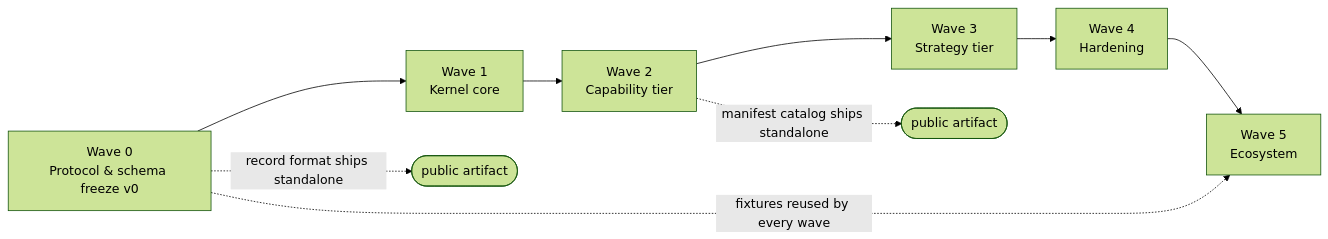
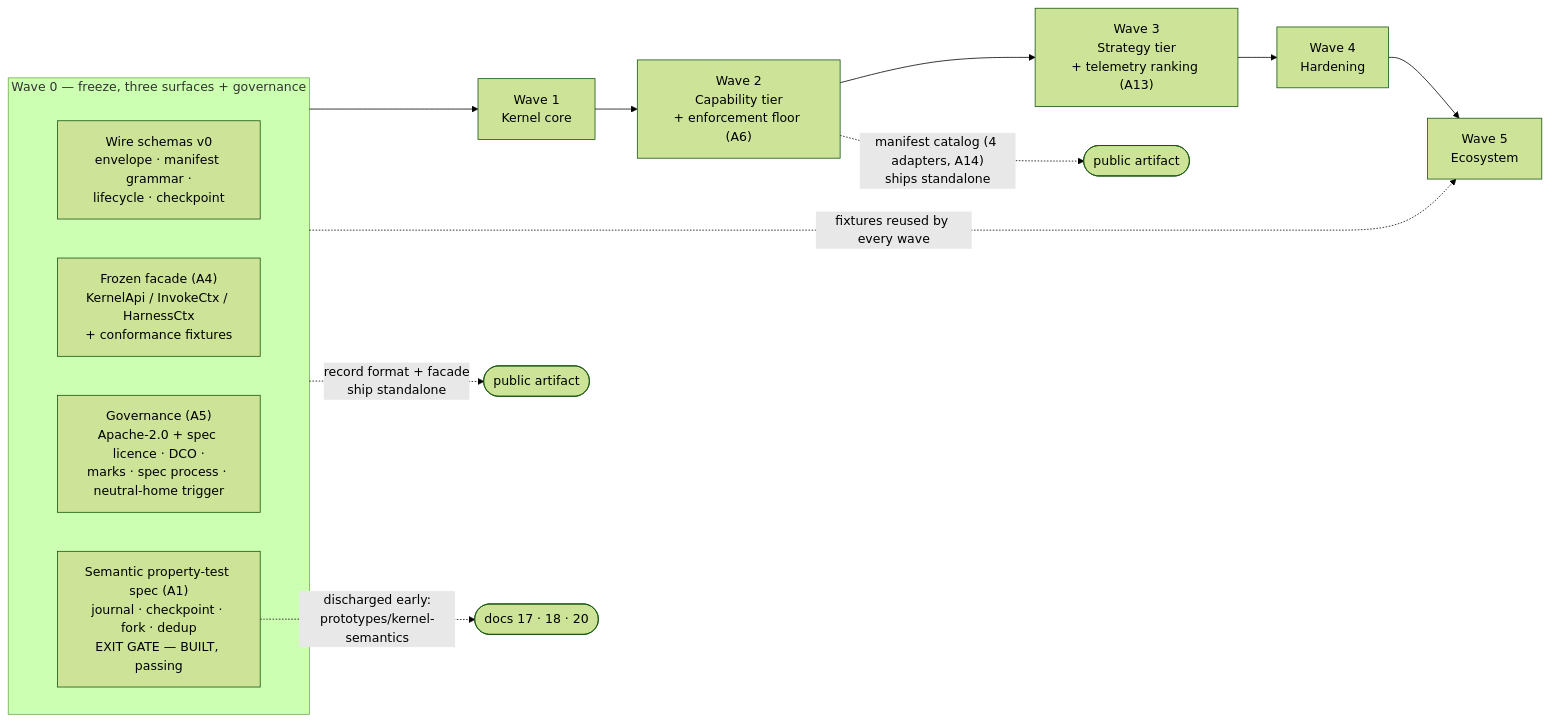
The first of 2 diagrams in docs/15-IMPLEMENTATION-ROADMAP.md (jeetu619/kyxo-runtime), drawn with Mermaid (forest theme) before and after one commit. The commit also changed other lines of this file and 3 other files, not shown here.

First line of the commit message:
Schema-evolution test suite: the record format is demonstrably evolvable

````diff
--- a/docs/15-IMPLEMENTATION-ROADMAP.md
+++ b/docs/15-IMPLEMENTATION-ROADMAP.md
@@ -112,11 +134,18 @@
 ```mermaid
 graph LR
-    W0["Wave 0<br/>Protocol & schema freeze v0"] --> W1["Wave 1<br/>Kernel core"]
-    W1 --> W2["Wave 2<br/>Capability tier"]
-    W2 --> W3["Wave 3<br/>Strategy tier"]
+    subgraph W0G["Wave 0 — freeze, three surfaces + governance"]
+        W0A["Wire schemas v0<br/>envelope · manifest grammar ·<br/>lifecycle · checkpoint"]
+        W0B["Frozen facade (A4)<br/>KernelApi / InvokeCtx / HarnessCtx<br/>+ conformance fixtures"]
+        W0C["Governance (A5)<br/>Apache-2.0 + spec licence · DCO ·<br/>marks · spec process · neutral-home trigger"]
+        W0D["Semantic property-test spec (A1)<br/>journal · checkpoint · fork · dedup<br/>EXIT GATE — BUILT, passing"]
+    end
+    W0G --> W1["Wave 1<br/>Kernel core"]
+    W1 --> W2["Wave 2<br/>Capability tier<br/>+ enforcement floor (A6)"]
+    W2 --> W3["Wave 3<br/>Strategy tier<br/>+ telemetry ranking (A13)"]
     W3 --> W4["Wave 4<br/>Hardening"]
     W4 --> W5["Wave 5<br/>Ecosystem"]
-    W0 -.->|"fixtures reused by every wave"| W5
-    W2 -.->|"manifest catalog ships standalone"| PUB1(["public artifact"])
-    W0 -.->|"record format ships standalone"| PUB2(["public artifact"])
+    W0G -.->|"fixtures reused by every wave"| W5
+    W2 -.->|"manifest catalog (4 adapters, A14)<br/>ships standalone"| PUB1(["public artifact"])
+    W0G -.->|"record format + facade<br/>ship standalone"| PUB2(["public artifact"])
+    W0D -.->|"discharged early:<br/>prototypes/kernel-semantics"| DONE(["docs 17 · 18 · 20"])
 ```
````
